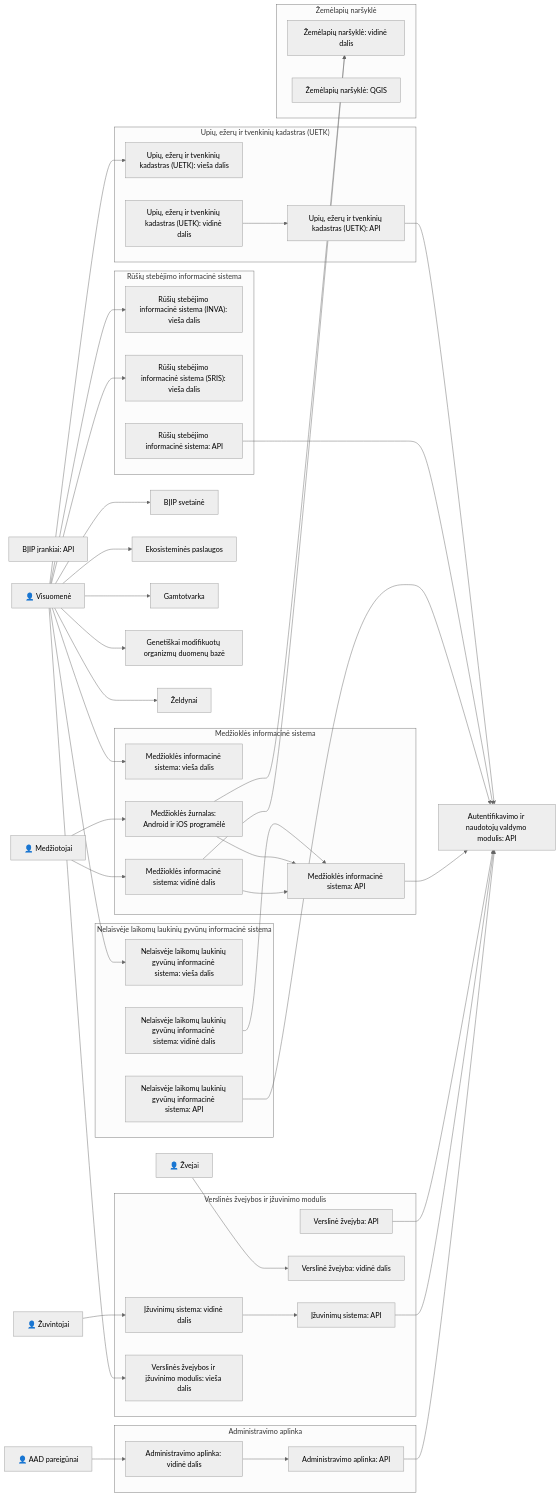
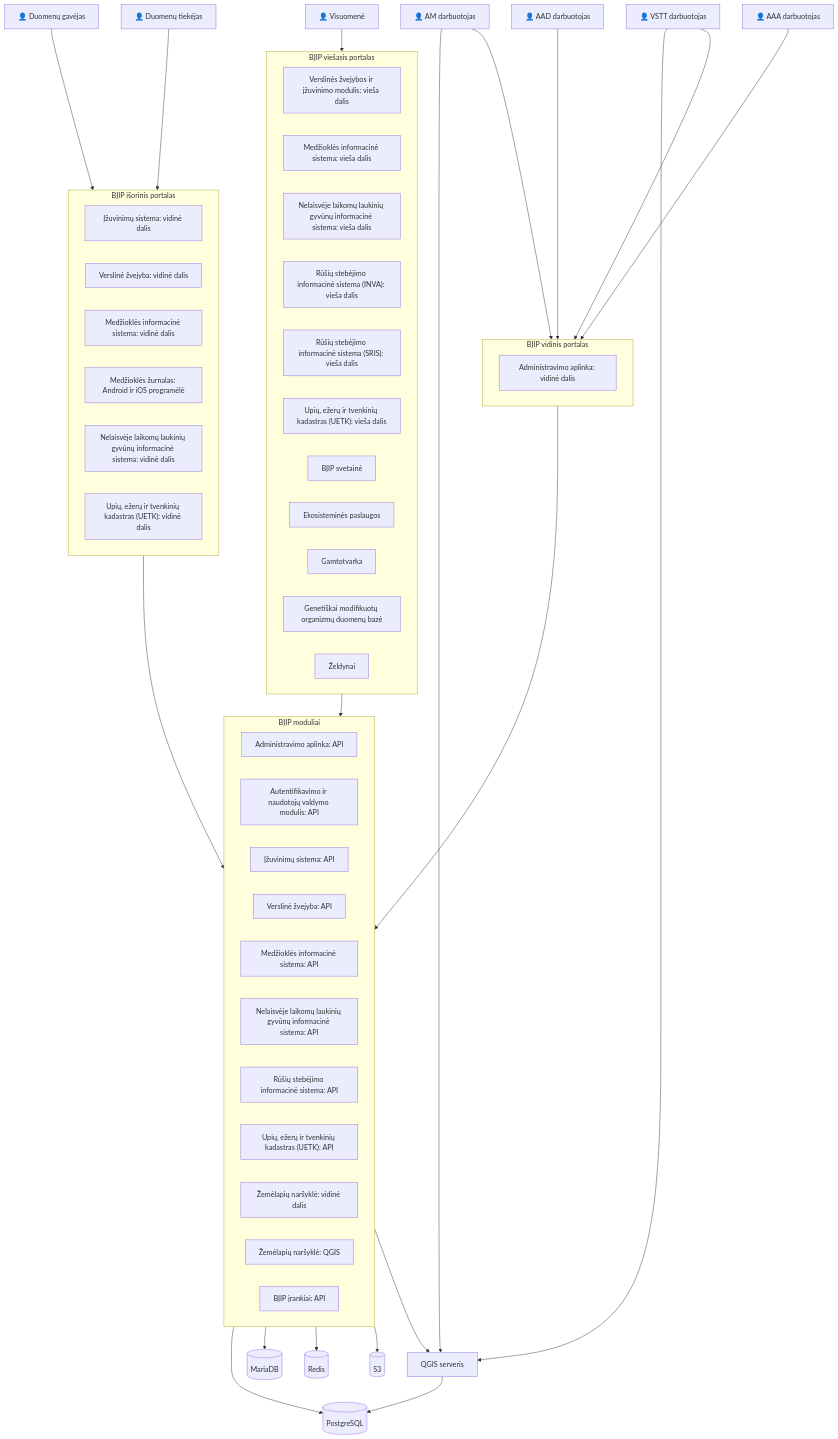
The diagram in src/schema.md (AplinkosMinisterija/biip-docs), drawn with Mermaid before and after one commit. The commit also changed 1 other file, not shown here.

Commit message:
refactored

````diff
--- a/src/schema.md
+++ b/src/schema.md
@@ -1,220 +1,85 @@
 ```mermaid
-%%{init: {'theme':'neutral'}}%%
+graph
 
+am["👤 AM darbuotojas"]
+vstt["👤 VSTT darbuotojas"]
+aaa["👤 AAA darbuotojas"]
+aad["👤 AAD darbuotojas"]
+visuomene["👤 Visuomenė"]
+tiekejas["👤 Duomenų gavėjas"]
+gavejas["👤 Duomenų tiekėjas"]
 
-%% ======== API =======
-%% biip_admin_api
-%% biip_auth_api
-%% biip_zuvinimas_api
-%% biip_zvejyba_api
-%% biip_medziokle_api
-%% biip_gyvunai_api
-%% biip_rusys_api
-%% biip_uetk_api
+subgraph admin["BĮIP vidinis portalas"]
+  biip_admin_web["Administravimo aplinka: vidinė dalis"]
+end
 
+subgraph web["BĮIP išorinis portalas"]
+  biip_zuvinimas_web["Įžuvinimų sistema: vidinė dalis"]
+  biip_zvejyba_web["Verslinė žvejyba: vidinė dalis"]
+  biip_medziokle_web["Medžioklės informacinė sistema: vidinė dalis"]
+  biip_medziokle_mobile["Medžioklės žurnalas: Android ir iOS programėlė"]
+  biip_gyvunai_web["Nelaisvėje laikomų laukinių gyvūnų informacinė sistema: vidinė dalis"]
+  biip_uetk_web["Upių, ežerų ir tvenkinių kadastras (UETK): vidinė dalis"]
+end
 
-%% ======== PUBLIC =======
-%% biip_zuvys_public
-%% biip_medziokle_public
-%% biip_gyvunai_public
-%% biip_inva_public
-%% biip_sris_public
-%% biip_uetk_public
-%% biip_public
-%% biip_ekosistemos_public
-%% biip_gamtotvarka_public
-%% biip_gmo_public
-%% biip_zeldynai_public
-
-
-%% ======== WEB =======
-%% biip_admin_web
-%% biip_zuvinimas_web
-%% biip_zvejyba_web
-%% biip_medziokle_web
-%% biip_gyvunai_web
-%% biip_uetk_web
-%% biip_maps_web
-
-
-%% ======== MOBILE =======
-%% biip_medziokle_mobile
-
-
-%% ======== OTHER =======
-%% viisp_auth_helper
-%% biip_qgis_server
-
-
-%% ======== DATABASE =======
-%% mariadb
-%% postgresql
-%% redis
-%% s3
-
-
-%% ======== ACTORS =======
-%% visuomene
-%% aad
-%% medziotojai
-%% zuvintojai
-%% zvejai
-
-
-graph LR
-  subgraph "Administravimo aplinka"
-    biip_admin_web["Administravimo aplinka: vidinė dalis"]
-    biip_admin_api["Administravimo aplinka: API"]
-  end
-
-
-%%  subgraph "Autentifikavimo ir naudotojų valdymo modulis"
-    biip_auth_api["Autentifikavimo ir naudotojų valdymo modulis: API"]
-%%    viisp_auth_helper["VIISP helper????"]
-%%  end
-
-  subgraph "Verslinės žvejybos ir įžuvinimo modulis"
-    biip_zuvinimas_web["Įžuvinimų sistema: vidinė dalis"]
-    biip_zuvinimas_api["Įžuvinimų sistema: API"]
-    biip_zvejyba_web["Verslinė žvejyba: vidinė dalis"]
-    biip_zvejyba_api["Verslinė žvejyba: API"]
-    biip_zuvys_public["Verslinės žvejybos ir įžuvinimo modulis: vieša dalis"]
-  end
-
-  subgraph "Medžioklės informacinė sistema"
-    biip_medziokle_public["Medžioklės informacinė sistema: vieša dalis"]
-    biip_medziokle_web["Medžioklės informacinė sistema: vidinė dalis"]
-    biip_medziokle_mobile["Medžioklės žurnalas: Android ir iOS programėlė"]
-    biip_medziokle_api["Medžioklės informacinė sistema: API"]
-  end
-
-  subgraph "Nelaisvėje laikomų laukinių gyvūnų informacinė sistema"
-    biip_gyvunai_public["Nelaisvėje laikomų laukinių gyvūnų informacinė sistema: vieša dalis"]
-    biip_gyvunai_web["Nelaisvėje laikomų laukinių gyvūnų informacinė sistema: vidinė dalis"]
-    biip_gyvunai_api["Nelaisvėje laikomų laukinių gyvūnų informacinė sistema: API"]
-  end
-
-  subgraph "Rūšių stebėjimo informacinė sistema"
-    biip_inva_public["Rūšių stebėjimo informacinė sistema (INVA): vieša dalis"]
-    biip_sris_public["Rūšių stebėjimo informacinė sistema (SRIS): vieša dalis"]
-    biip_rusys_api["Rūšių stebėjimo informacinė sistema: API"]
-  end
-
-  subgraph "Upių, ežerų ir tvenkinių kadastras (UETK)"
-    biip_uetk_public["Upių, ežerų ir tvenkinių kadastras (UETK): vieša dalis"]
-    biip_uetk_web["Upių, ežerų ir tvenkinių kadastras (UETK): vidinė dalis"]
-    biip_uetk_api["Upių, ežerų ir tvenkinių kadastras (UETK): API"]
-  end
-
-  subgraph "Žemėlapių naršyklė"
-    biip_maps_web["Žemėlapių naršyklė: vidinė dalis"]
-    biip_qgis_server["Žemėlapių naršyklė: QGIS"]
-  end
-
-  biip_tools["BĮIP įrankiai: API"]
-
-%% Other public
+subgraph public["BĮIP viešasis portalas"]
+  biip_zuvys_public["Verslinės žvejybos ir įžuvinimo modulis: vieša dalis"]
+  biip_medziokle_public["Medžioklės informacinė sistema: vieša dalis"]
+  biip_gyvunai_public["Nelaisvėje laikomų laukinių gyvūnų informacinė sistema: vieša dalis"]
+  biip_inva_public["Rūšių stebėjimo informacinė sistema (INVA): vieša dalis"]
+  biip_sris_public["Rūšių stebėjimo informacinė sistema (SRIS): vieša dalis"]
+  biip_uetk_public["Upių, ežerų ir tvenkinių kadastras (UETK): vieša dalis"]
   biip_public["BĮIP svetainė"]
   biip_ekosistemos_public["Ekosisteminės paslaugos"]
   biip_gamtotvarka_public["Gamtotvarka"]
   biip_gmo_public["Genetiškai modifikuotų organizmų duomenų bazė"]
   biip_zeldynai_public["Želdynai"]
+end
+
+subgraph api["BĮIP moduliai"]
+  biip_admin_api["Administravimo aplinka: API"]
+  biip_auth_api["Autentifikavimo ir naudotojų valdymo modulis: API"]
+  biip_zuvinimas_api["Įžuvinimų sistema: API"]
+  biip_zvejyba_api["Verslinė žvejyba: API"]
+  biip_medziokle_api["Medžioklės informacinė sistema: API"]
+  biip_gyvunai_api["Nelaisvėje laikomų laukinių gyvūnų informacinė sistema: API"]
+  biip_rusys_api["Rūšių stebėjimo informacinė sistema: API"]
+  biip_uetk_api["Upių, ežerų ir tvenkinių kadastras (UETK): API"]
+  biip_maps_web["Žemėlapių naršyklė: vidinė dalis"]
+  biip_qgis_server["Žemėlapių naršyklė: QGIS"]
+  biip_tools["BĮIP įrankiai: API"]
+end
+
+postgresql[("PostgreSQL")]
+mariadb[("MariaDB")]
+redis[("Redis")]
+s3[("S3")]
+qgis["QGIS serveris"]
 
 
-%%  postgresql[("PostgreSQL")]
-%%  mariadb[("MariaDB")]
-%%  redis[("Redis")]
-%%  s3[("S3")]
+am --> qgis
+am --> admin
 
-  visuomene["👤 Visuomenė"]
-  aad["👤 AAD pareigūnai"]
-  medziotojai["👤 Medžiotojai"]
-  zuvintojai["👤 Žuvintojai"]
-  zvejai["👤 Žvejai"]
+vstt --> qgis
+vstt --> admin
 
+visuomene --> public
 
-%% Links
-  visuomene --> biip_zuvys_public
-  visuomene --> biip_medziokle_public
-  visuomene --> biip_gyvunai_public
-  visuomene --> biip_inva_public
-  visuomene --> biip_sris_public
-  visuomene --> biip_uetk_public
-  visuomene --> biip_public
-  visuomene --> biip_ekosistemos_public
-  visuomene --> biip_gamtotvarka_public
-  visuomene --> biip_gmo_public
-  visuomene --> biip_zeldynai_public
+aad --> admin
+aaa --> admin
 
-  aad --> biip_admin_web
+tiekejas --> web
+gavejas --> web
 
-  medziotojai --> biip_medziokle_web
-  medziotojai --> biip_medziokle_mobile
+api --> postgresql
+api --> mariadb
+api --> redis
+api --> s3
+api --> qgis
 
-  zuvintojai --> biip_zuvinimas_web
+qgis --> postgresql
 
-  zvejai --> biip_zvejyba_web
-
-  biip_medziokle_web --> biip_maps_web
-  biip_medziokle_mobile --> biip_maps_web
-
-  biip_admin_api --> biip_auth_api
-  biip_zuvinimas_api --> biip_auth_api
-  biip_zvejyba_api --> biip_auth_api
-  biip_medziokle_api --> biip_auth_api
-  biip_gyvunai_api --> biip_auth_api
-  biip_rusys_api --> biip_auth_api
-  biip_uetk_api --> biip_auth_api
-
-%%  biip_auth_api --> viisp_auth_helper
-  biip_admin_web --> biip_admin_api
-  biip_zuvinimas_web --> biip_zuvinimas_api
-  biip_medziokle_web --> biip_medziokle_api
-  biip_medziokle_mobile --> biip_medziokle_api
-  biip_gyvunai_web --> biip_medziokle_api
-  %% rusys?? --> api?
-  biip_uetk_web --> biip_uetk_api
-
-
-%% Database relations
-%%  biip_admin_api --> postgresql
-%%  biip_auth_api --> postgresql
-%%  biip_zuvinimas_api --> postgresql
-%%  biip_zvejyba_api --> postgresql
-%%  biip_medziokle_api --> postgresql
-%%  biip_gyvunai_api --> postgresql
-%%  biip_rusys_api --> postgresql
-%%  biip_uetk_api --> postgresql
-
-%%  biip_admin_api --> s3
-%%  biip_auth_api --> s3
-%%  biip_zuvinimas_api --> s3
-%%  biip_zvejyba_api --> s3
-%%  biip_medziokle_api --> s3
-%%  biip_gyvunai_api --> s3
-%%  biip_rusys_api --> s3
-%%  biip_uetk_api --> s3
-
-%%  biip_admin_api --> redis
-%%  biip_auth_api --> redis
-%%  biip_zuvinimas_api --> redis
-%%  biip_zvejyba_api --> redis
-%%  biip_medziokle_api --> redis
-%%  biip_gyvunai_api --> redis
-%%  biip_rusys_api --> redis
-%%  biip_uetk_api --> redis
-
-%%  biip_zuvys_public --> mariadb
-%%  biip_medziokle_public --> mariadb
-%%  biip_gyvunai_public --> mariadb
-%%  biip_inva_public --> mariadb
-%%  biip_sris_public --> mariadb
-%%  biip_uetk_public --> mariadb
-%%  biip_public --> mariadb
-%%  biip_ekosistemos_public --> mariadb
-%%  biip_gamtotvarka_public --> mariadb
-%%  biip_gmo_public --> mariadb
-%%  biip_zeldynai_public --> mariadb
-
-
+web --> api
+public --> api
+admin --> api
 ```
````
